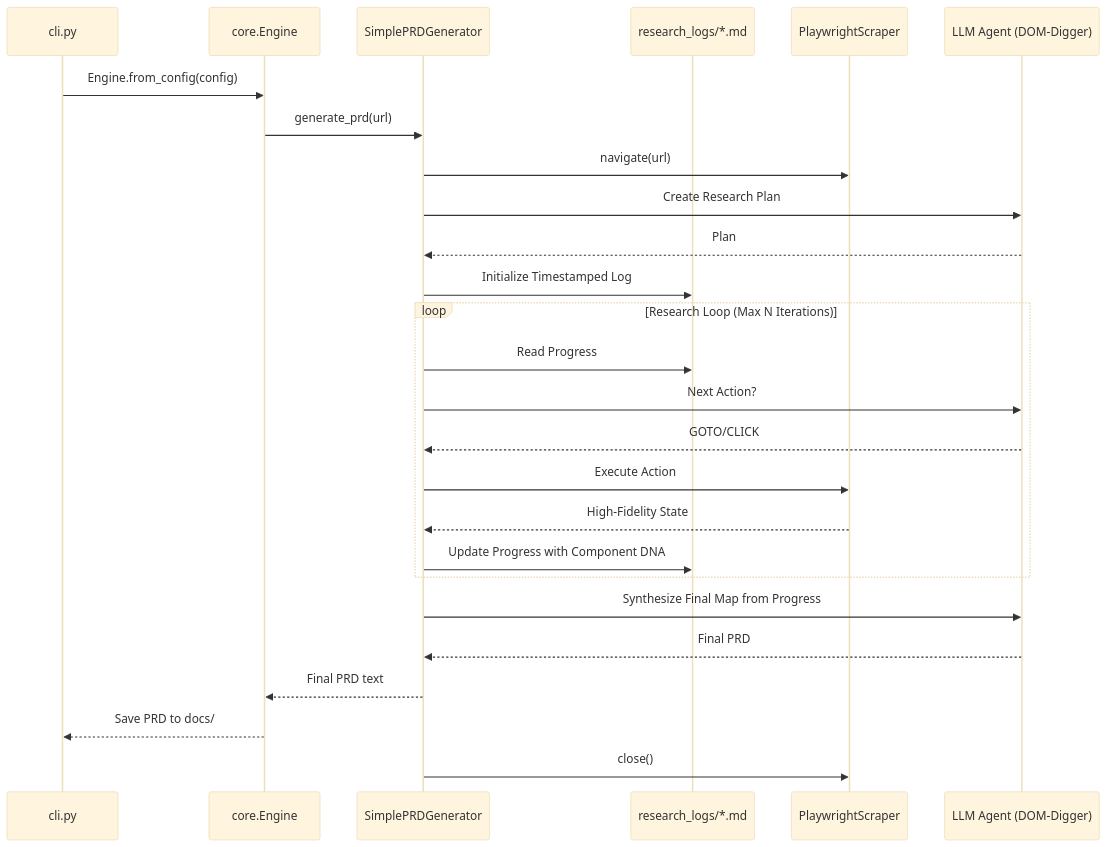
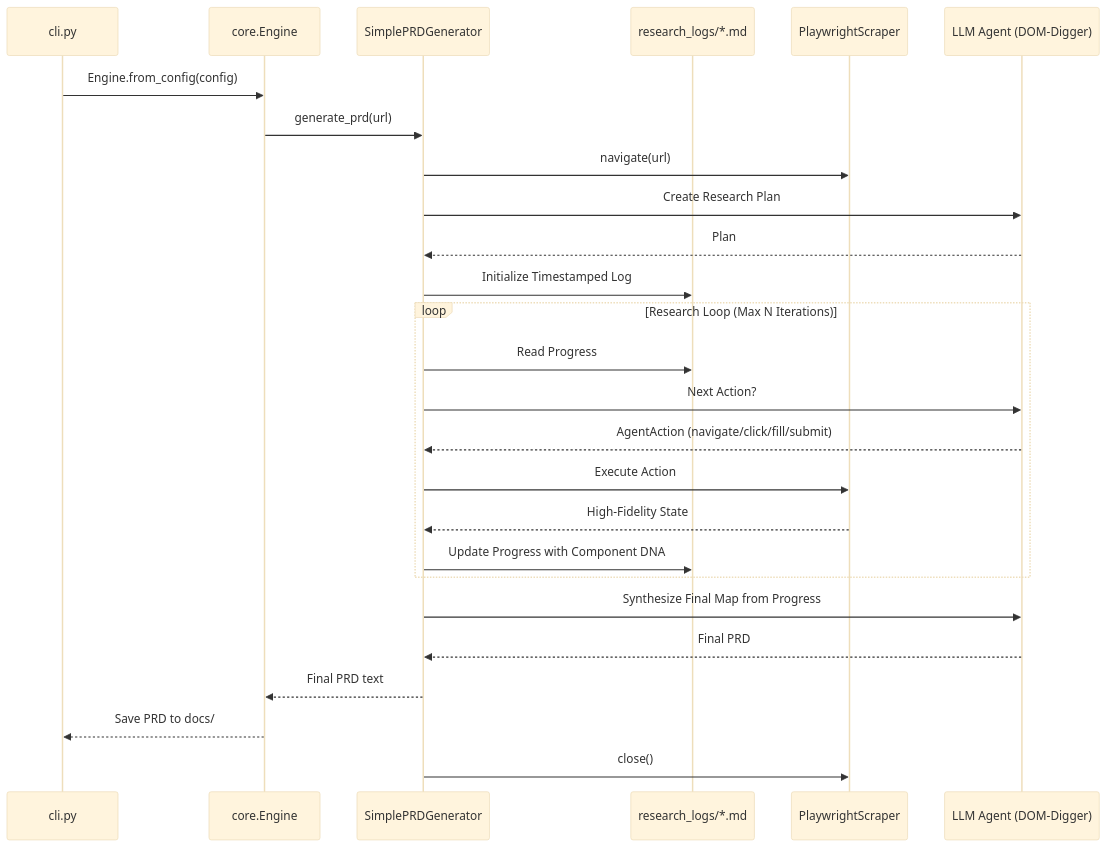
Before and after one commit to ezequielrickert/pragma: the diagram in ARCHITECTURE.md, drawn with Mermaid (base theme). The commit also changed other lines of this file and 59 other files, not shown here.

````diff
--- a/ARCHITECTURE.md
+++ b/ARCHITECTURE.md
@@ -21,32 +23,32 @@
 ```mermaid
 sequenceDiagram
     participant CLI as cli.py
     participant Engine as core.Engine
     participant Gen as SimplePRDGenerator
     participant Log as research_logs/*.md
     participant Scraper as PlaywrightScraper
     participant Agent as LLM Agent (DOM-Digger)
 
     CLI->>Engine: Engine.from_config(config)
     Engine->>Gen: generate_prd(url)
     Gen->>Scraper: navigate(url)
     
     Gen->>Agent: Create Research Plan
     Agent-->>Gen: Plan
     Gen->>Log: Initialize Timestamped Log
     
     loop Research Loop (Max N Iterations)
         Gen->>Log: Read Progress
         Gen->>Agent: Next Action?
-        Agent-->>Gen: GOTO/CLICK
+        Agent-->>Gen: AgentAction (navigate/click/fill/submit)
         Gen->>Scraper: Execute Action
         Scraper-->>Gen: High-Fidelity State
         Gen->>Log: Update Progress with Component DNA
     end
     
     Gen->>Agent: Synthesize Final Map from Progress
     Agent-->>Gen: Final PRD
     Gen-->>Engine: Final PRD text
     Engine-->>CLI: Save PRD to docs/
     Gen->>Scraper: close()
 ```
````
